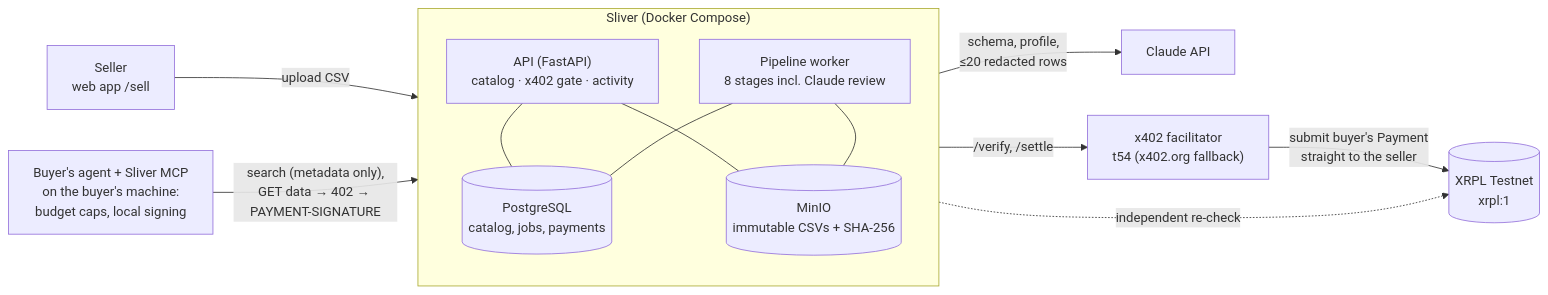
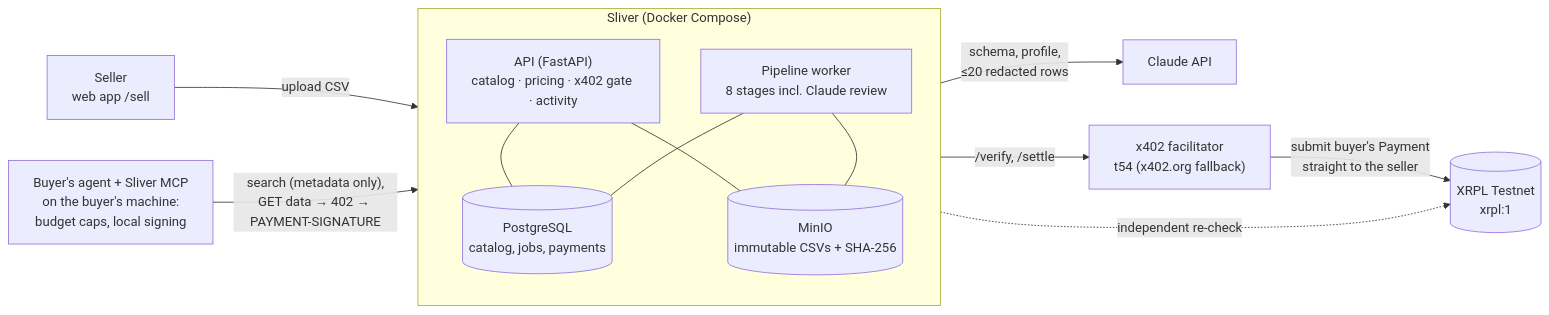
One commit to LAIN-21/sliver changed the first of 2 diagrams in README.md. Above: the diagram before and after it, drawn with Mermaid. The commit also changed other lines of this file and 1 other file, not shown here.

````diff
--- a/README.md
+++ b/README.md
@@ -25,28 +25,28 @@
 ```mermaid
 flowchart LR
   SEL["Seller<br/>web app /sell"]
   AG["Buyer's agent + Sliver MCP<br/>on the buyer's machine:<br/>budget caps, local signing"]
 
   subgraph SL["Sliver (Docker Compose)"]
     direction TB
-    API["API (FastAPI)<br/>catalog · x402 gate · activity"]
+    API["API (FastAPI)<br/>catalog · pricing · x402 gate · activity"]
     W["Pipeline worker<br/>8 stages incl. Claude review"]
     DB[("PostgreSQL<br/>catalog, jobs, payments")]
     OBJ[("MinIO<br/>immutable CSVs + SHA-256")]
     API --- DB
     API --- OBJ
     W --- DB
     W --- OBJ
   end
 
   CL["Claude API"]
   FAC["x402 facilitator<br/>t54 (x402.org fallback)"]
   XRPL[("XRPL Testnet<br/>xrpl:1")]
 
   SEL -- "upload CSV" --> API
   W -- "schema, profile,<br/>≤20 redacted rows" --> CL
   AG -- "search (metadata only),<br/>GET data → 402 → PAYMENT-SIGNATURE" --> API
   API -- "/verify, /settle" --> FAC
   FAC -- "submit buyer's Payment<br/>straight to the seller" --> XRPL
   API -. "independent re-check" .-> XRPL
 ```
````
